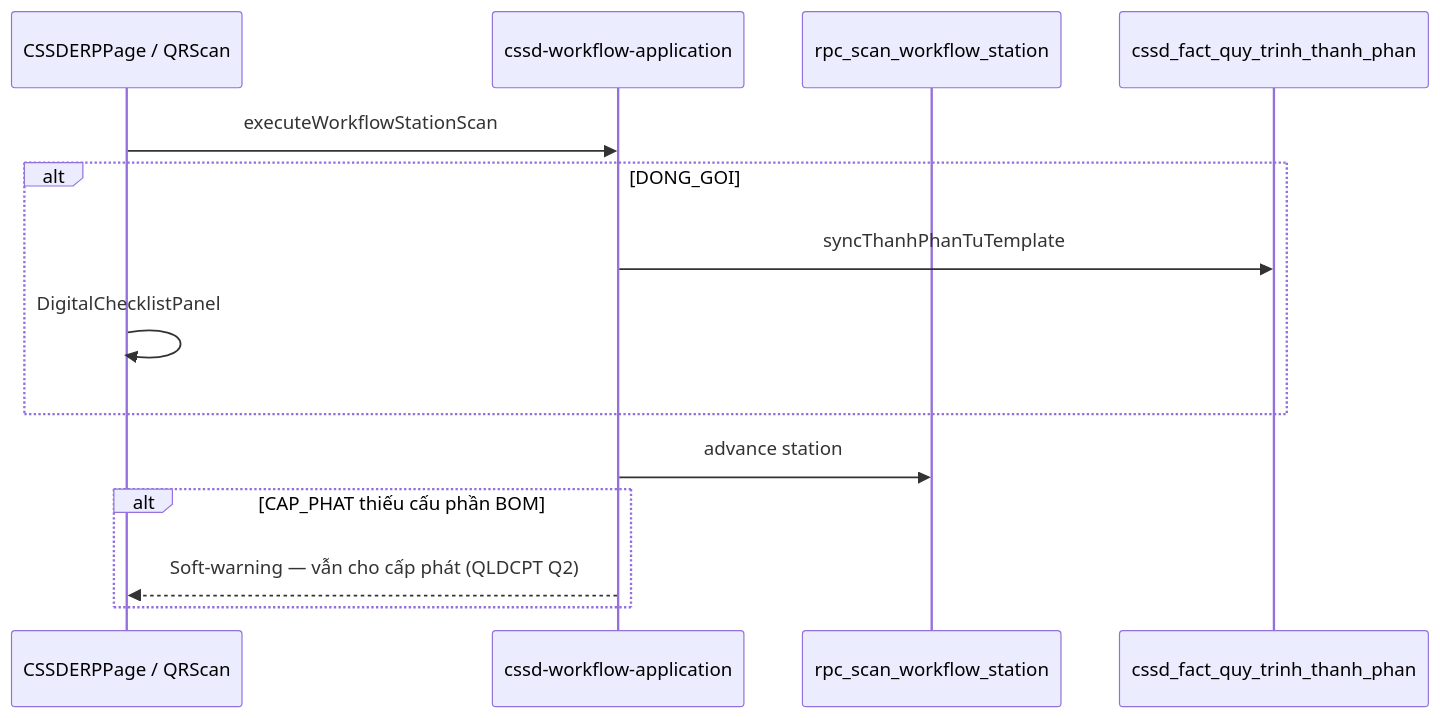
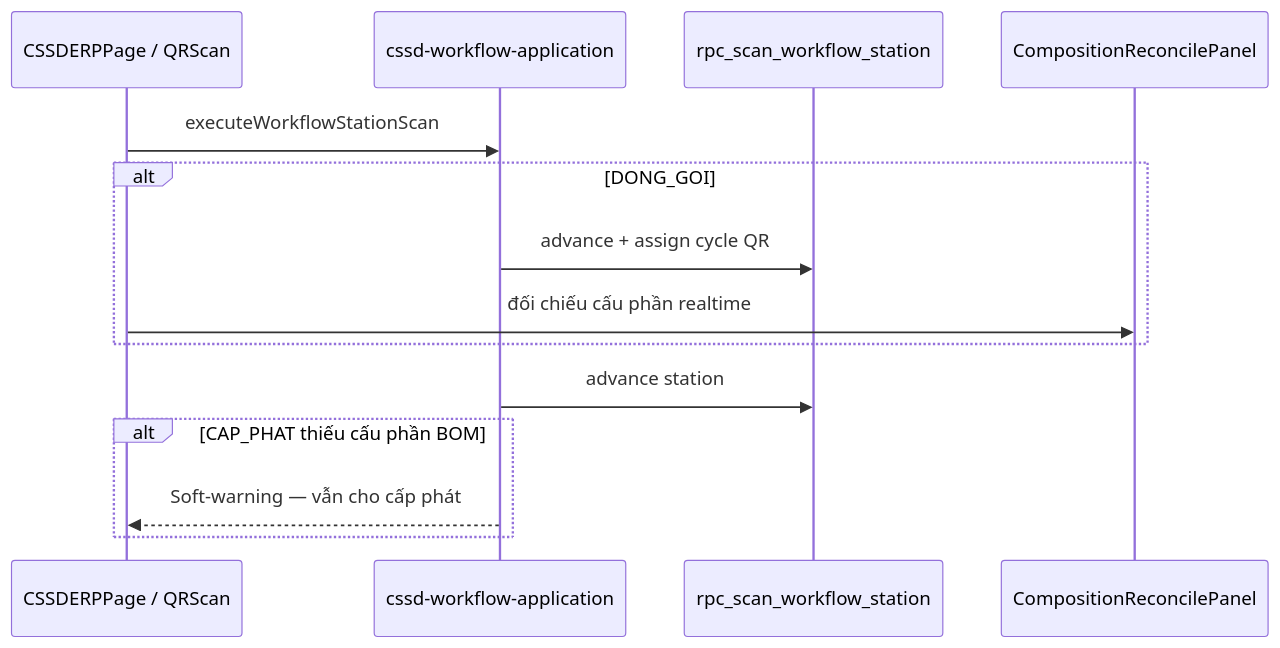
Before and after one commit to ksnkbv103-droid/ksnk_bv103_V2: the second of 2 diagrams in docs/reference/architecture/interaction-matrix.md, drawn with Mermaid. The commit also changed other lines of this file and 115 other files, not shown here.

````diff
--- a/docs/reference/architecture/interaction-matrix.md
+++ b/docs/reference/architecture/interaction-matrix.md
@@ -50,17 +51,17 @@
 ```mermaid
 sequenceDiagram
   participant UI as CSSDERPPage / QRScan
   participant W as cssd-workflow-application
   participant R as rpc_scan_workflow_station
-  participant B as cssd_fact_quy_trinh_thanh_phan
+  participant C as CompositionReconcilePanel
 
   UI->>W: executeWorkflowStationScan
   alt DONG_GOI
-    W->>B: syncThanhPhanTuTemplate
-    UI->>UI: DigitalChecklistPanel
+    W->>R: advance + assign cycle QR
+    UI->>C: đối chiếu cấu phần realtime
   end
   W->>R: advance station
   alt CAP_PHAT thiếu cấu phần BOM
-    W-->>UI: Soft-warning — vẫn cho cấp phát (QLDCPT Q2)
+    W-->>UI: Soft-warning — vẫn cho cấp phát
   end
 ```
````
